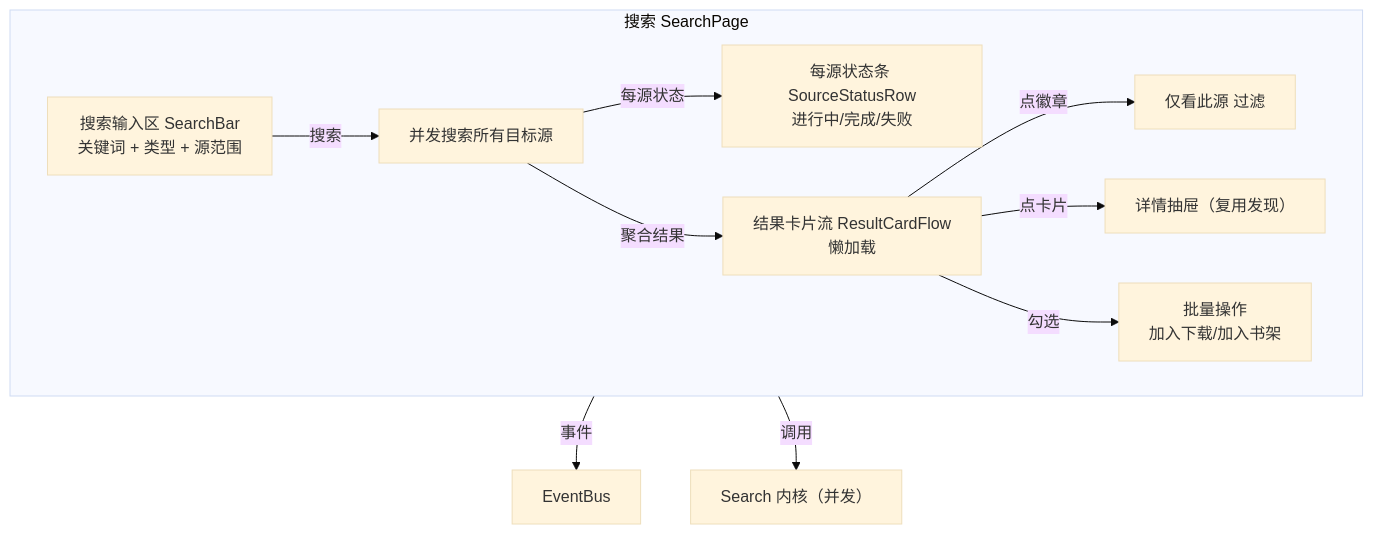
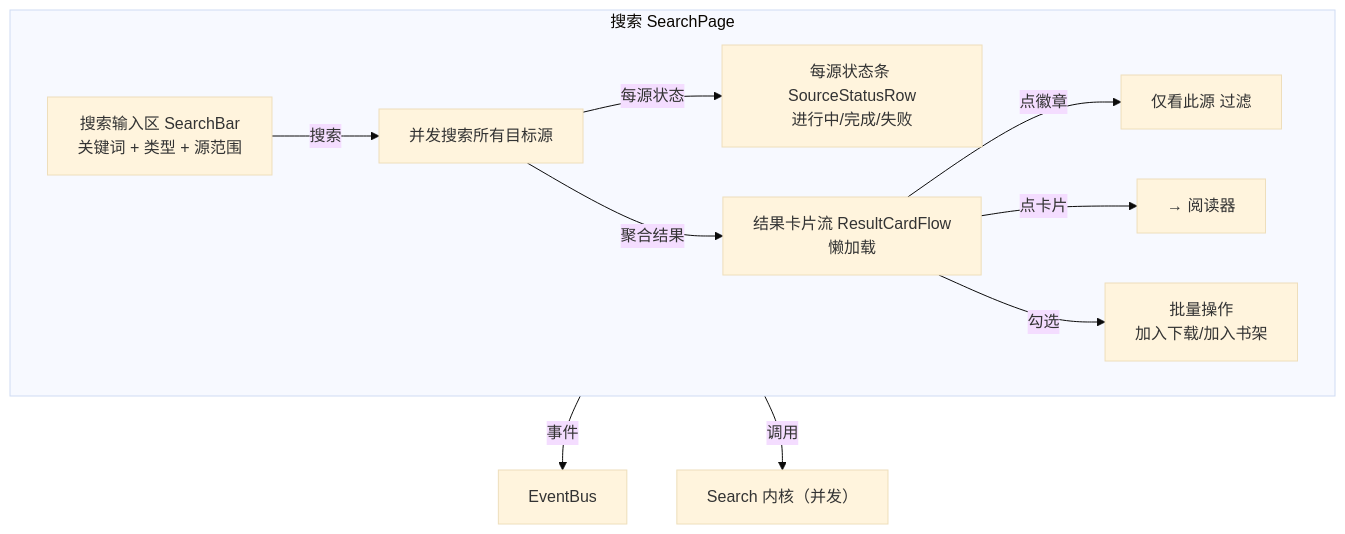
Before and after one commit to hulixiang393-web/claw: the diagram in docs/ui-search.md, drawn with Mermaid (base theme). The commit also changed 176 other files, not shown here.

````diff
--- a/docs/ui-search.md
+++ b/docs/ui-search.md
@@ -28,16 +28,16 @@
 ```mermaid
 flowchart TB
     subgraph SearchPage["搜索 SearchPage"]
         Input["搜索输入区 SearchBar<br/>关键词 + 类型 + 源范围"]
         Input -->|搜索| Flow["并发搜索所有目标源"]
         Flow -->|每源状态| Status["每源状态条 SourceStatusRow<br/>进行中/完成/失败"]
         Flow -->|聚合结果| Cards["结果卡片流 ResultCardFlow<br/>懒加载"]
 
         Cards -->|点徽章| Filter["仅看此源 过滤"]
-        Cards -->|点卡片| Drawer["详情抽屉（复用发现）"]
+        Cards -->|点卡片| Open["→ 阅读器"]
         Cards -->|勾选| Batch["批量操作<br/>加入下载/加入书架"]
     end
 
     SearchPage -->|事件| EB["EventBus"]
     SearchPage -->|调用| Search["Search 内核（并发）"]
 ```
````
